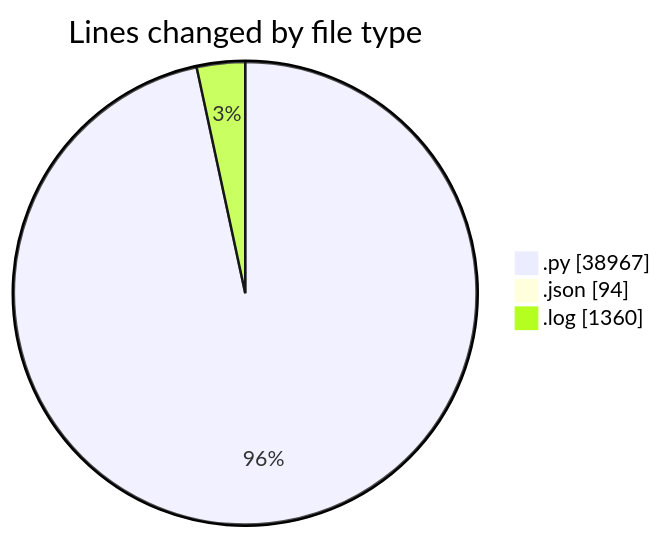
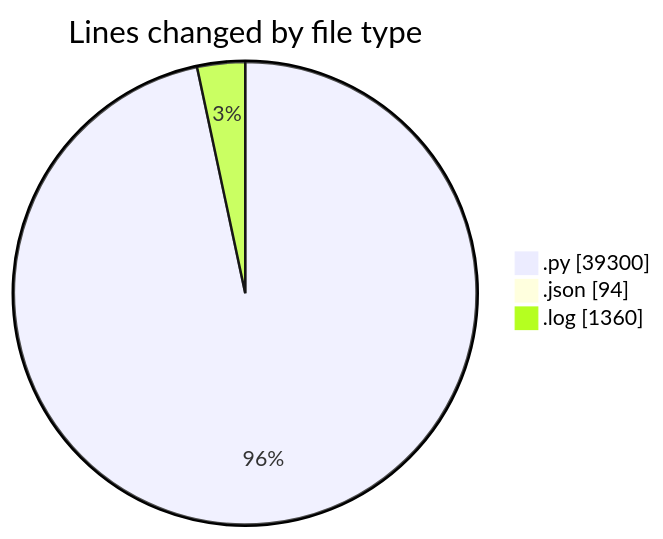
The first of 2 diagrams in 2025-07-14/telebot/README.md (jrari/code-tracking), drawn with Mermaid before and after one commit. The commit also changed other lines of this file and 1 other file, not shown here.

````diff
--- a/2025-07-14/telebot/README.md
+++ b/2025-07-14/telebot/README.md
@@ -65,7 +65,7 @@
 ```mermaid
 pie showData
 title Lines changed by file type
-".py" : 38967
+".py" : 39300
 ".json" : 94
 ".log" : 1360
 ```
````
